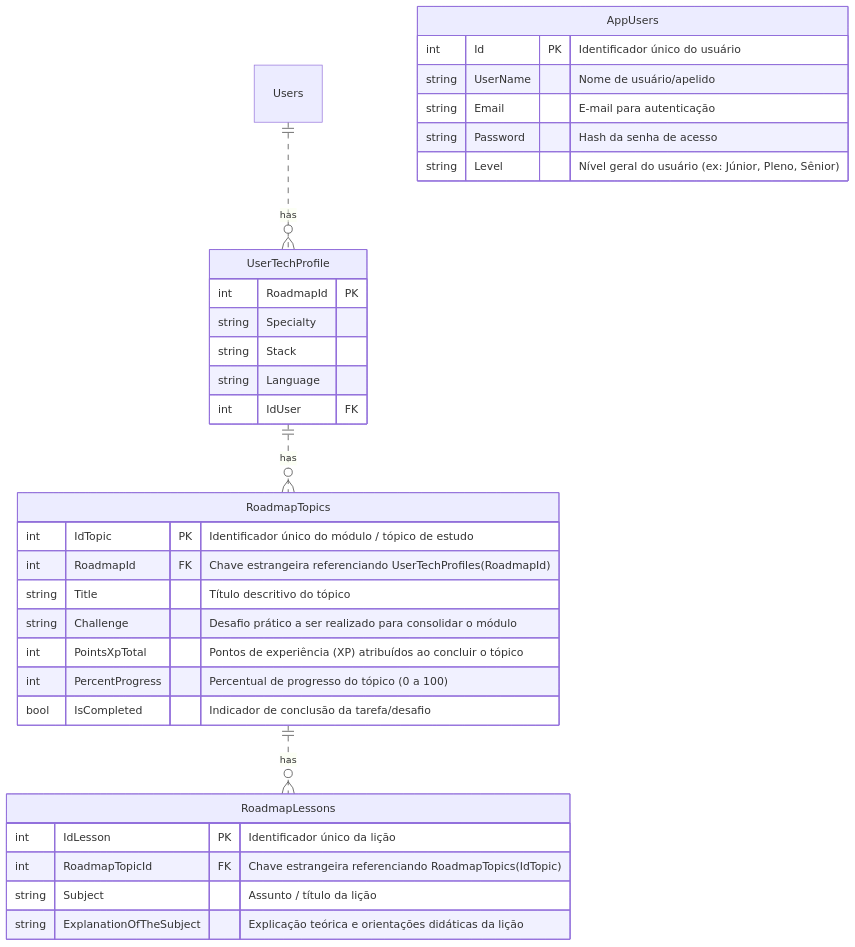
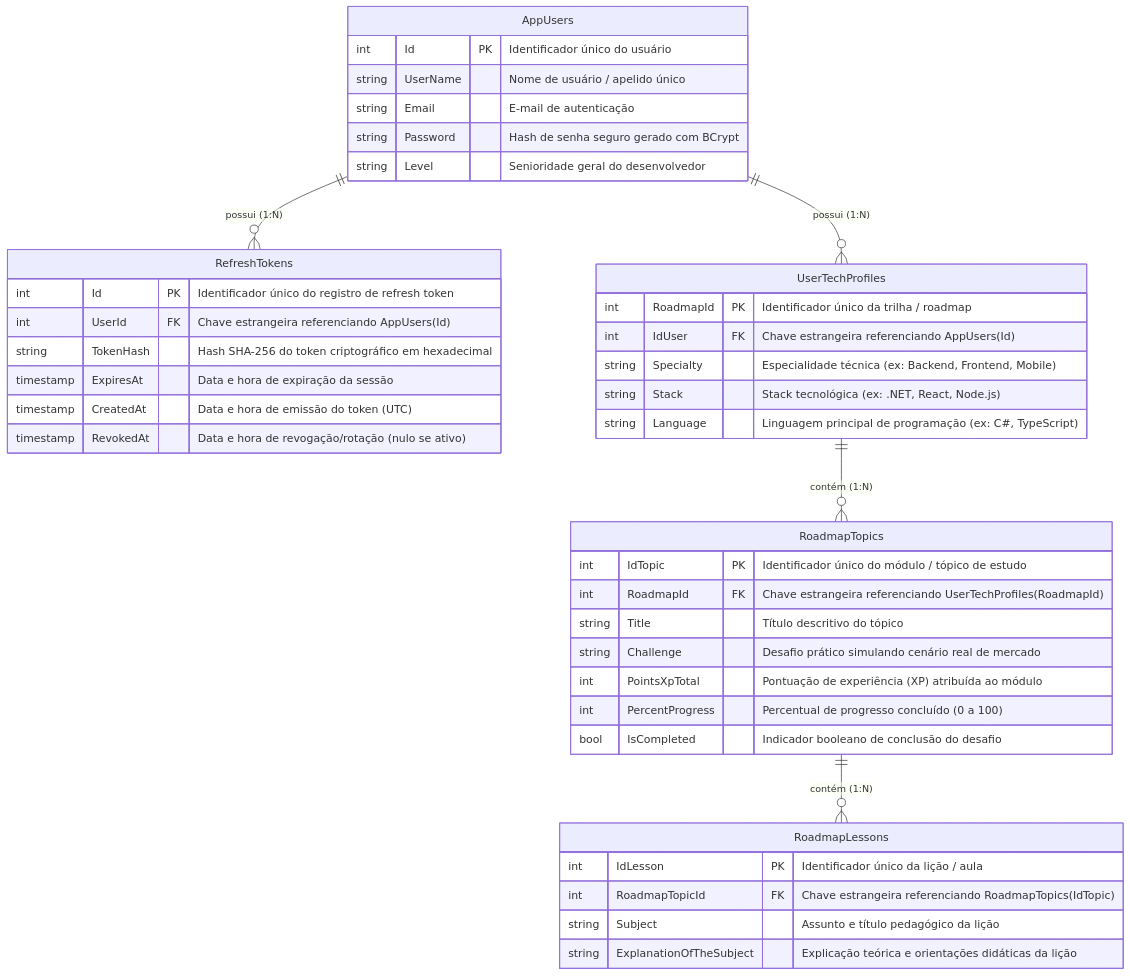
One commit to Fellypr/Dev-Quest changed the first of 2 diagrams in BackEnd/schema.md. Above: the diagram before and after it, drawn with Mermaid. The commit also changed other lines of this file and 12 other files, not shown here.

Commit message:
feat(auth): implement sha-256 token hashing in refresh token and update docs

````diff
--- a/BackEnd/schema.md
+++ b/BackEnd/schema.md
@@ -9,38 +9,49 @@
 ```mermaid
 erDiagram
-    Users ||..o{ UserTechProfile : has
-    UserTechProfile ||..o{ RoadmapTopics : has
-    RoadmapTopics ||..o{ RoadmapLessons : has
+    AppUsers ||--o{ RefreshTokens : "possui (1:N)"
+    AppUsers ||--o{ UserTechProfiles : "possui (1:N)"
+    UserTechProfiles ||--o{ RoadmapTopics : "contém (1:N)"
+    RoadmapTopics ||--o{ RoadmapLessons : "contém (1:N)"
 
     AppUsers {
         int Id PK "Identificador único do usuário"
-        string UserName "Nome de usuário/apelido"
-        string Email "E-mail para autenticação"
-        string Password "Hash da senha de acesso"
-        string Level "Nível geral do usuário (ex: Júnior, Pleno, Sênior)"
+        string UserName "Nome de usuário / apelido único"
+        string Email "E-mail de autenticação"
+        string Password "Hash de senha seguro gerado com BCrypt"
+        string Level "Senioridade geral do desenvolvedor"
     }
-    UserTechProfile {
-        int RoadmapId PK
-        string Specialty
-        string Stack
-        string Language
-        int IdUser FK
+
+    RefreshTokens {
+        int Id PK "Identificador único do registro de refresh token"
+        int UserId FK "Chave estrangeira referenciando AppUsers(Id)"
+        string TokenHash "Hash SHA-256 do token criptográfico em hexadecimal"
+        timestamp ExpiresAt "Data e hora de expiração da sessão"
+        timestamp CreatedAt "Data e hora de emissão do token (UTC)"
+        timestamp RevokedAt "Data e hora de revogação/rotação (nulo se ativo)"
+    }
+
+    UserTechProfiles {
+        int RoadmapId PK "Identificador único da trilha / roadmap"
+        int IdUser FK "Chave estrangeira referenciando AppUsers(Id)"
+        string Specialty "Especialidade técnica (ex: Backend, Frontend, Mobile)"
+        string Stack "Stack tecnológica (ex: .NET, React, Node.js)"
+        string Language "Linguagem principal de programação (ex: C#, TypeScript)"
     }
 
     RoadmapTopics {
         int IdTopic PK "Identificador único do módulo / tópico de estudo"
         int RoadmapId FK "Chave estrangeira referenciando UserTechProfiles(RoadmapId)"
         string Title "Título descritivo do tópico"
-        string Challenge "Desafio prático a ser realizado para consolidar o módulo"
-        int PointsXpTotal "Pontos de experiência (XP) atribuídos ao concluir o tópico"
-        int PercentProgress "Percentual de progresso do tópico (0 a 100)"
-        bool IsCompleted "Indicador de conclusão da tarefa/desafio"
+        string Challenge "Desafio prático simulando cenário real de mercado"
+        int PointsXpTotal "Pontuação de experiência (XP) atribuída ao módulo"
+        int PercentProgress "Percentual de progresso concluído (0 a 100)"
+        bool IsCompleted "Indicador booleano de conclusão do desafio"
     }
 
     RoadmapLessons {
-        int IdLesson PK "Identificador único da lição"
+        int IdLesson PK "Identificador único da lição / aula"
         int RoadmapTopicId FK "Chave estrangeira referenciando RoadmapTopics(IdTopic)"
-        string Subject "Assunto / título da lição"
+        string Subject "Assunto e título pedagógico da lição"
         string ExplanationOfTheSubject "Explicação teórica e orientações didáticas da lição"
     }
 ```
````
